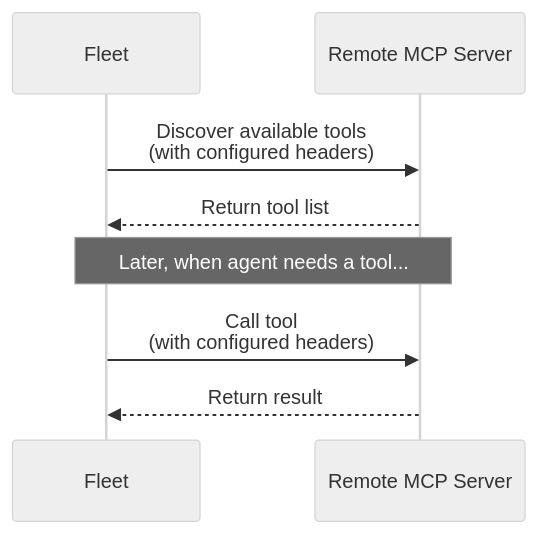
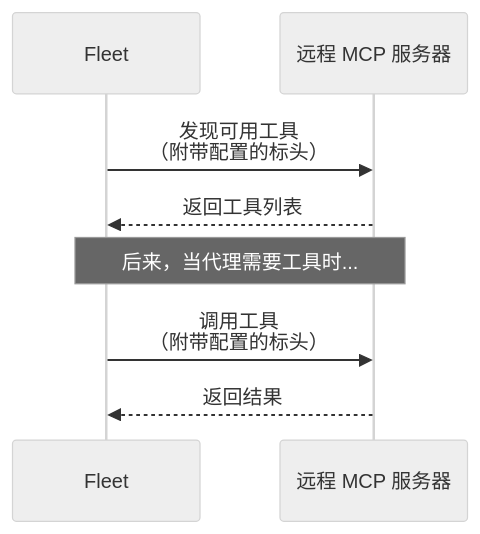
One commit to kunfan96/cndocs-langchain changed the diagram in langsmith/fleet/remote-mcp-servers.mdx. Above: the diagram before and after it, drawn with Mermaid (neutral theme). The commit also changed other lines of this file and 2498 other files, not shown here.

````diff
--- a/langsmith/fleet/remote-mcp-servers.mdx
+++ b/langsmith/fleet/remote-mcp-servers.mdx
@@ -26,13 +26,13 @@
 ```mermaid
 sequenceDiagram
     participant Agent as Fleet
-    participant MCP as Remote MCP Server
+    participant MCP as 远程 MCP 服务器
 
-    Agent->>MCP: Discover available tools<br/>(with configured headers)
-    MCP-->>Agent: Return tool list
+    Agent->>MCP: 发现可用工具<br/>（附带配置的标头）
+    MCP-->>Agent: 返回工具列表
 
-    Note over Agent,MCP: Later, when agent needs a tool...
+    Note over Agent,MCP: 后来，当代理需要工具时...
 
-    Agent->>MCP: Call tool<br/>(with configured headers)
-    MCP-->>Agent: Return result
+    Agent->>MCP: 调用工具<br/>（附带配置的标头）
+    MCP-->>Agent: 返回结果
 ```
````
